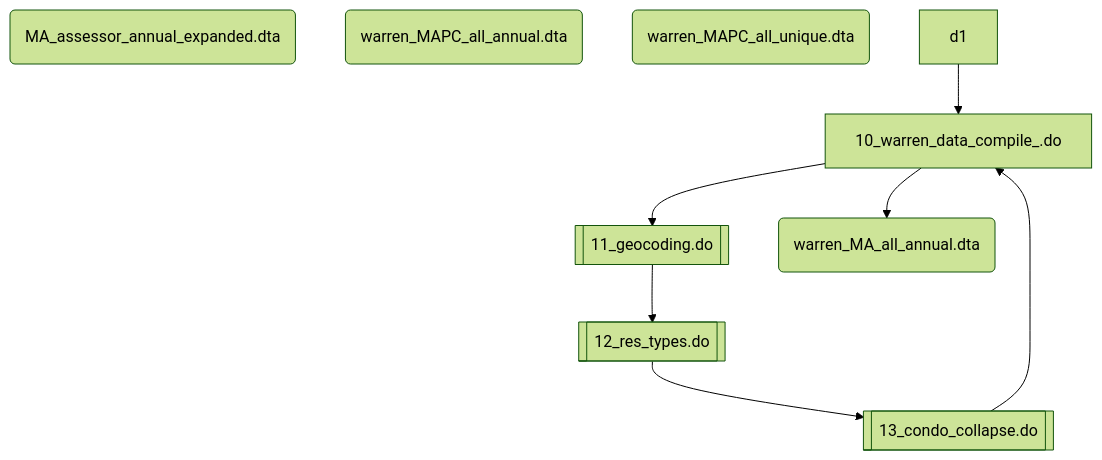
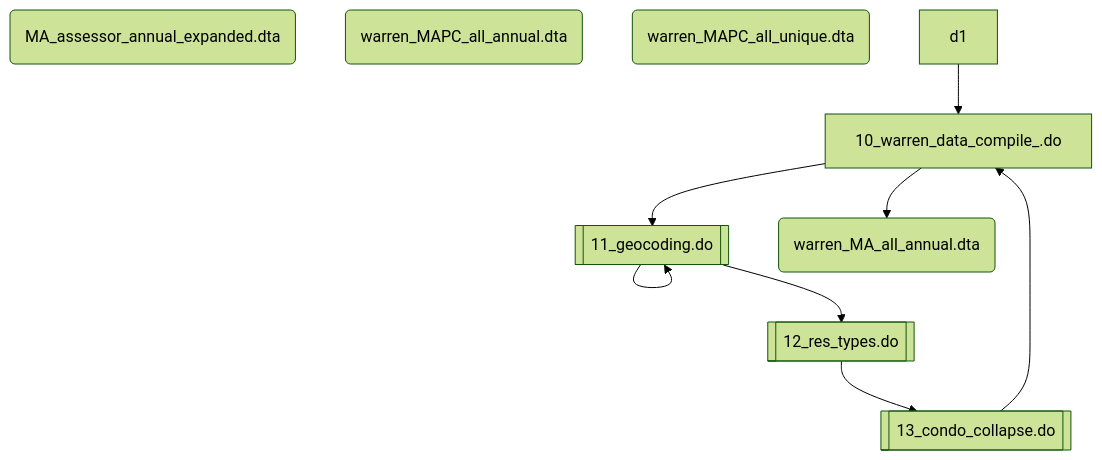
One commit to nchiumenti/boston_zoning changed the first of 4 diagrams in code/data_setup/README.md. Above: the diagram before and after it, drawn with Mermaid (forest theme).

````diff
--- a/code/data_setup/README.md
+++ b/code/data_setup/README.md
@@ -51,20 +51,19 @@
 ```mermaid
 flowchart TD
   f0[10_warren_data_compile_.do];
   d0(MA_assessor_annual_expanded.dta);
 
   f1@{ shape: subproc, label: "11_geocoding.do" };
   f2@{ shape: subproc, label: "12_res_types.do" };
   f3@{ shape: subproc, label: "13_condo_collapse.do " };
 
   d2(warren_MA_all_annual.dta);
   d3(warren_MAPC_all_annual.dta);
   d4(warren_MAPC_all_unique.dta);
   
   d1 --> f0;
-  f0 --> f1
-  f1 --> f2;
+  f0 --> f1 --> f1 --> f2;
   f2 --> f3;
   f3 --> f0;
   f0 --> d2;
 ```
````
